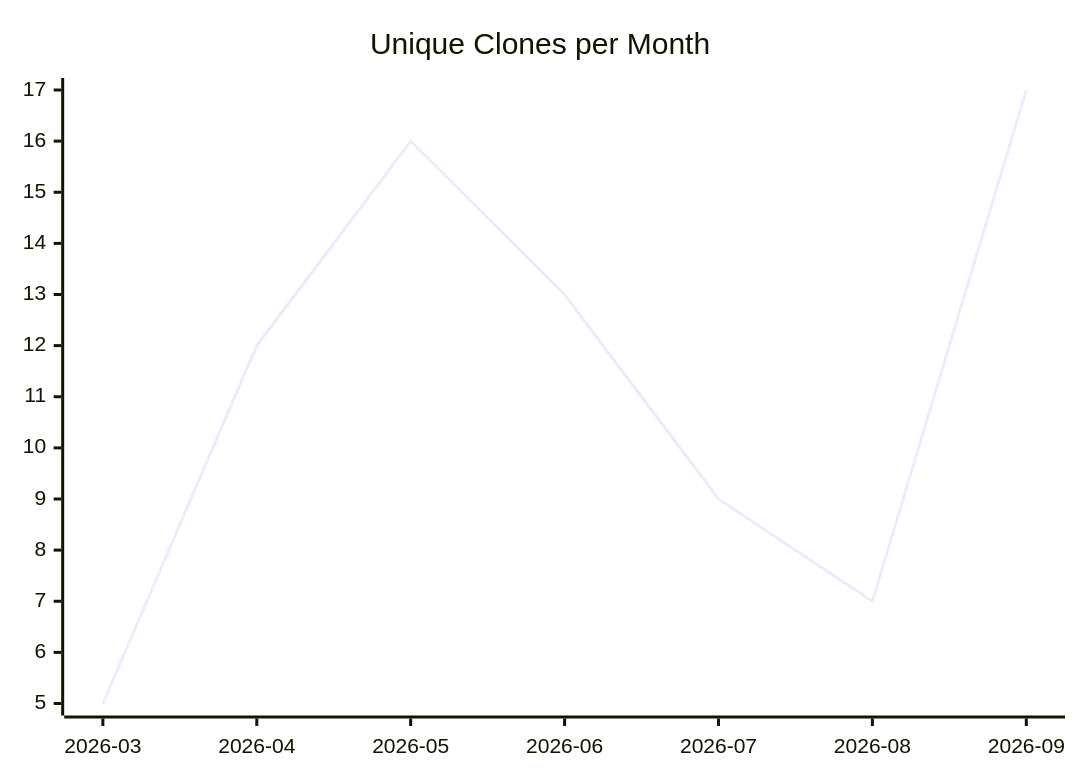
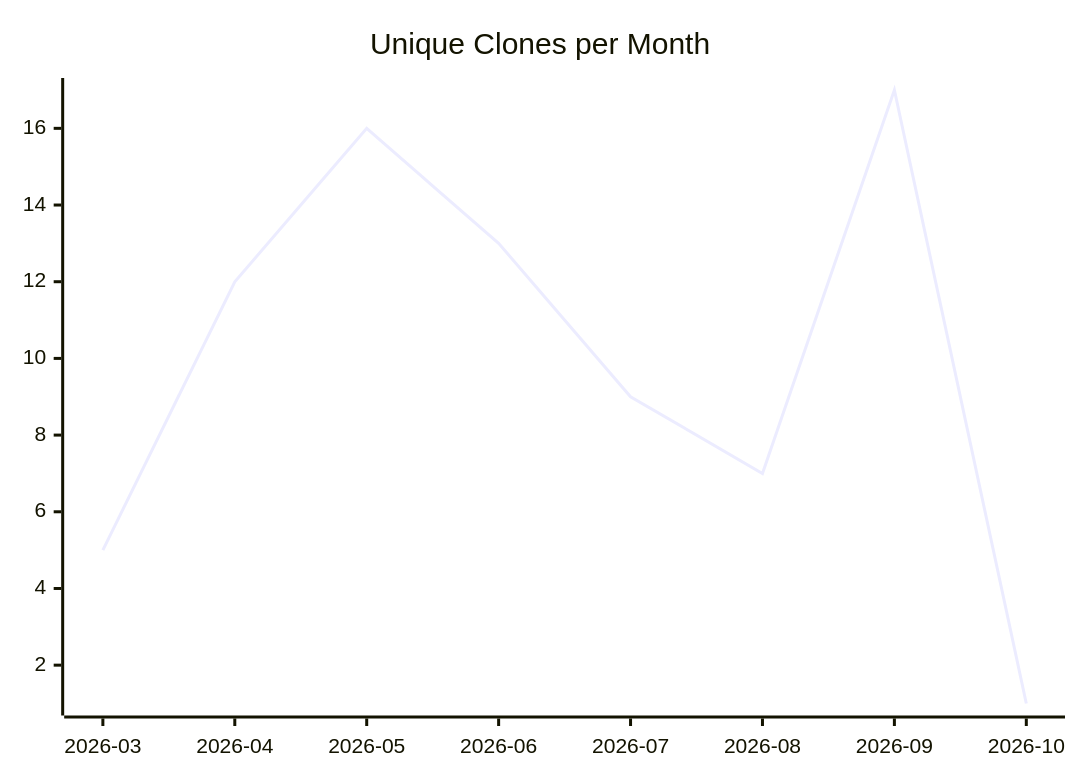
Before and after one commit to justdavis-family/github-analytics-data: the third of 3 diagrams in karlmdavis/justdavis-karl/README.md, drawn with Mermaid. The commit also changed other lines of this file and 202 other files, not shown here.

````diff
--- a/karlmdavis/justdavis-karl/README.md
+++ b/karlmdavis/justdavis-karl/README.md
@@ -19,6 +19,6 @@
 ```mermaid
 xychart-beta
   title "Unique Clones per Month"
-  x-axis ["2026-03", "2026-04", "2026-05", "2026-06", "2026-07", "2026-08", "2026-09"]
-  line [5, 12, 16, 13, 9, 7, 17]
+  x-axis ["2026-03", "2026-04", "2026-05", "2026-06", "2026-07", "2026-08", "2026-09", "2026-10"]
+  line [5, 12, 16, 13, 9, 7, 17, 1]
 ```
````
